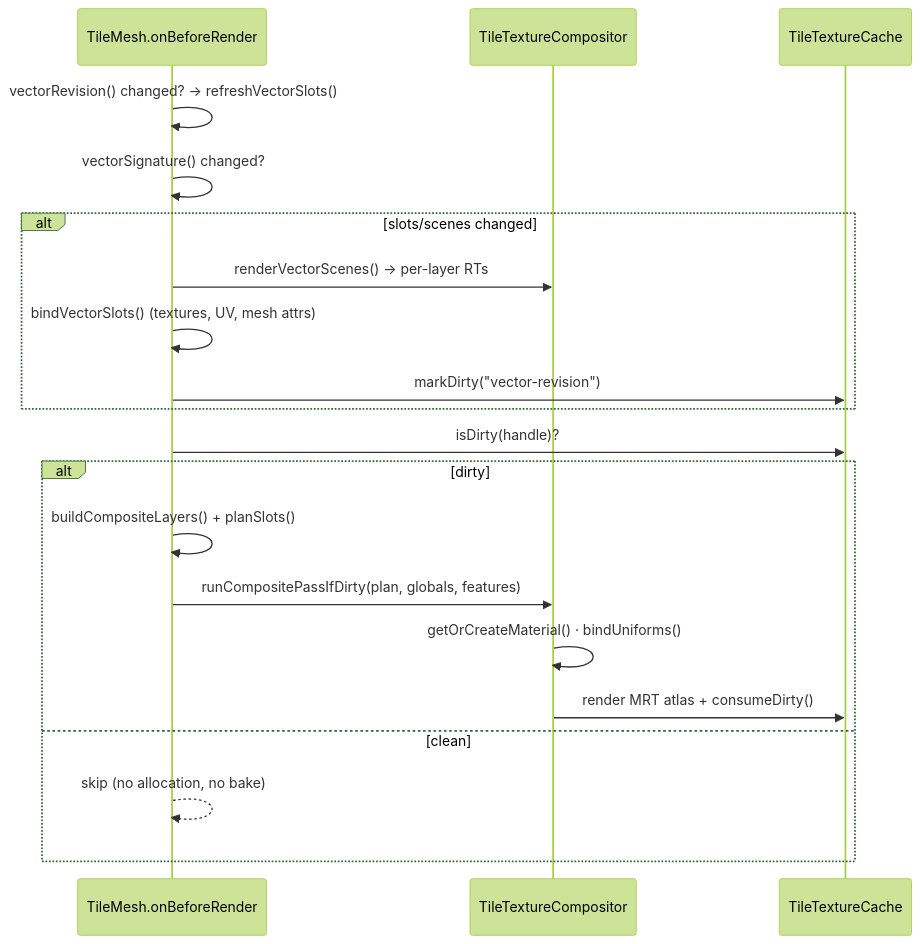
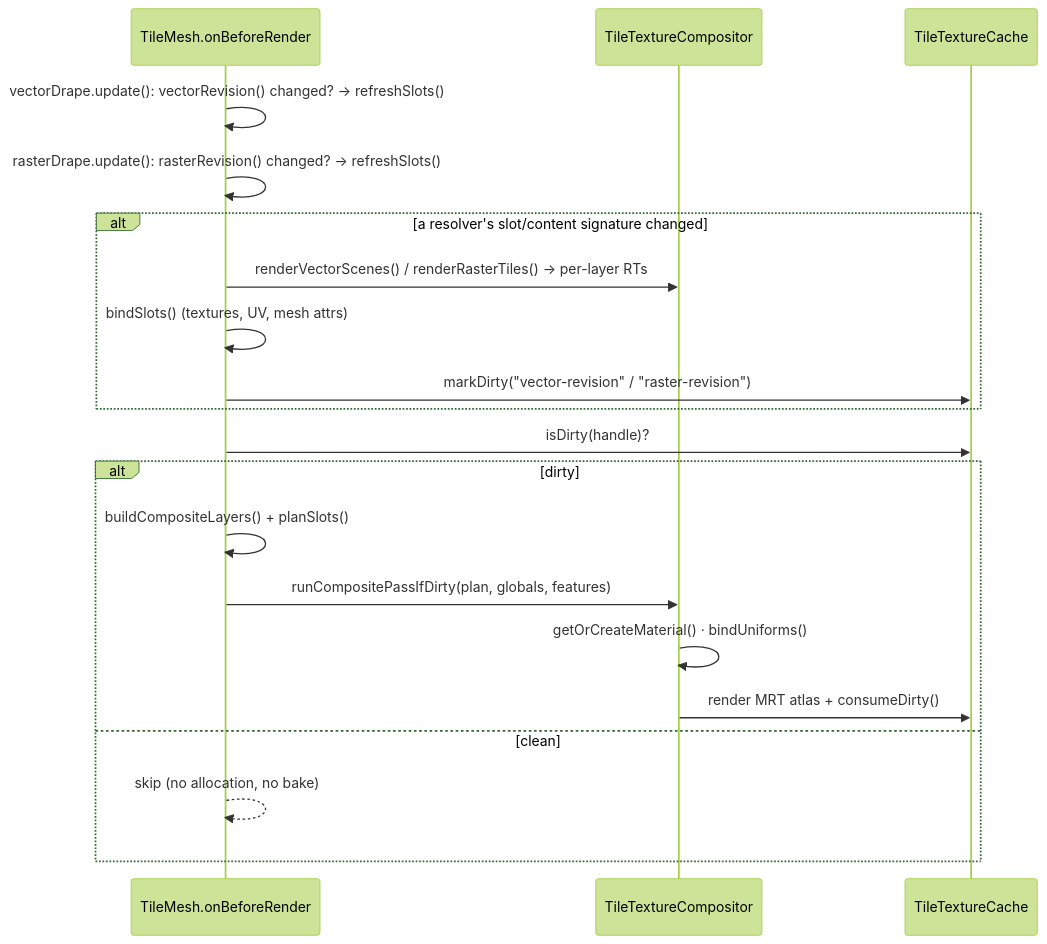
The seventh of 8 diagrams in guide/TILE_TEXTURE_COMPOSITING.md (reearth/navara), drawn with Mermaid (forest theme) before and after one commit. The commit also changed other lines of this file and 3 other files, not shown here.

````diff
--- a/guide/TILE_TEXTURE_COMPOSITING.md
+++ b/guide/TILE_TEXTURE_COMPOSITING.md
@@ -345,23 +424,23 @@
 ```mermaid
 sequenceDiagram
   participant TM as TileMesh.onBeforeRender
   participant C as TileTextureCompositor
   participant Cache as TileTextureCache
 
-  TM->>TM: vectorRevision() changed? → refreshVectorSlots()
-  TM->>TM: vectorSignature() changed?
-  alt slots/scenes changed
-    TM->>C: renderVectorScenes() → per-layer RTs
-    TM->>TM: bindVectorSlots() (textures, UV, mesh attrs)
-    TM->>Cache: markDirty("vector-revision")
+  TM->>TM: vectorDrape.update(): vectorRevision() changed? → refreshSlots()
+  TM->>TM: rasterDrape.update(): rasterRevision() changed? → refreshSlots()
+  alt a resolver's slot/content signature changed
+    TM->>C: renderVectorScenes() / renderRasterTiles() → per-layer RTs
+    TM->>TM: bindSlots() (textures, UV, mesh attrs)
+    TM->>Cache: markDirty("vector-revision" / "raster-revision")
   end
   TM->>Cache: isDirty(handle)?
   alt dirty
     TM->>TM: buildCompositeLayers() + planSlots()
     TM->>C: runCompositePassIfDirty(plan, globals, features)
     C->>C: getOrCreateMaterial() · bindUniforms()
     C->>Cache: render MRT atlas + consumeDirty()
   else clean
     TM-->>TM: skip (no allocation, no bake)
   end
 ```
````
